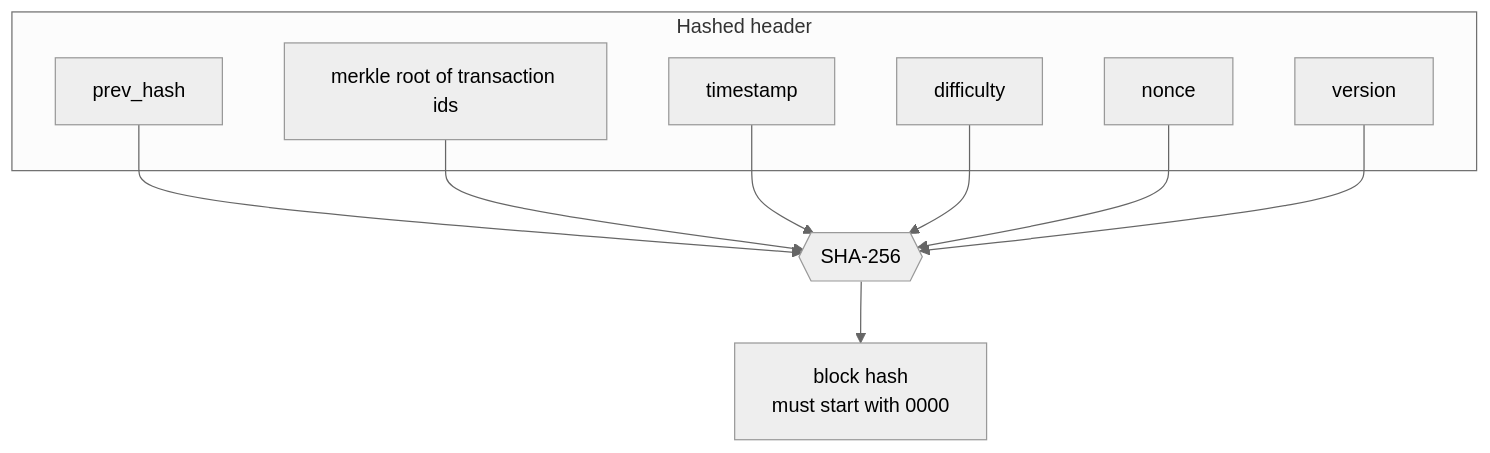
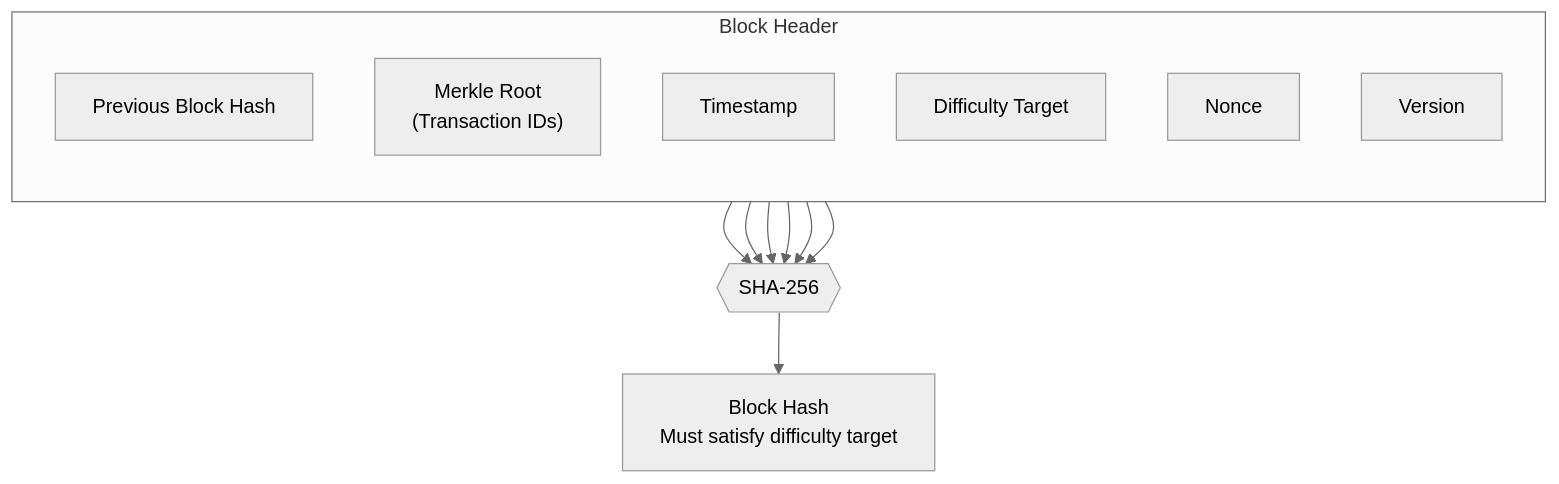
One commit to walidwh21/MiniChain changed the second of 9 diagrams in README.md. Above: the diagram before and after it, drawn with Mermaid (neutral theme). The commit also changed other lines of this file, not shown here.

````diff
--- a/README.md
+++ b/README.md
@@ -117,18 +124,21 @@
 ```mermaid
 flowchart TB
-    subgraph Header["Hashed header"]
-        prev["prev_hash"]
-        root["merkle root of transaction ids"]
-        ts["timestamp"]
-        diff["difficulty"]
-        nonce["nonce"]
-        ver["version"]
+    subgraph Header["Block Header"]
+        direction TB
+        prev["Previous Block Hash"]
+        root["Merkle Root<br/>(Transaction IDs)"]
+        ts["Timestamp"]
+        diff["Difficulty Target"]
+        nonce["Nonce"]
+        ver["Version"]
     end
+
     prev --> H{{"SHA-256"}}
     root --> H
     ts --> H
     diff --> H
     nonce --> H
     ver --> H
-    H --> out["block hash<br/>must start with 0000"]
+
+    H --> out["Block Hash<br/>Must satisfy difficulty target"]
 ```
````
